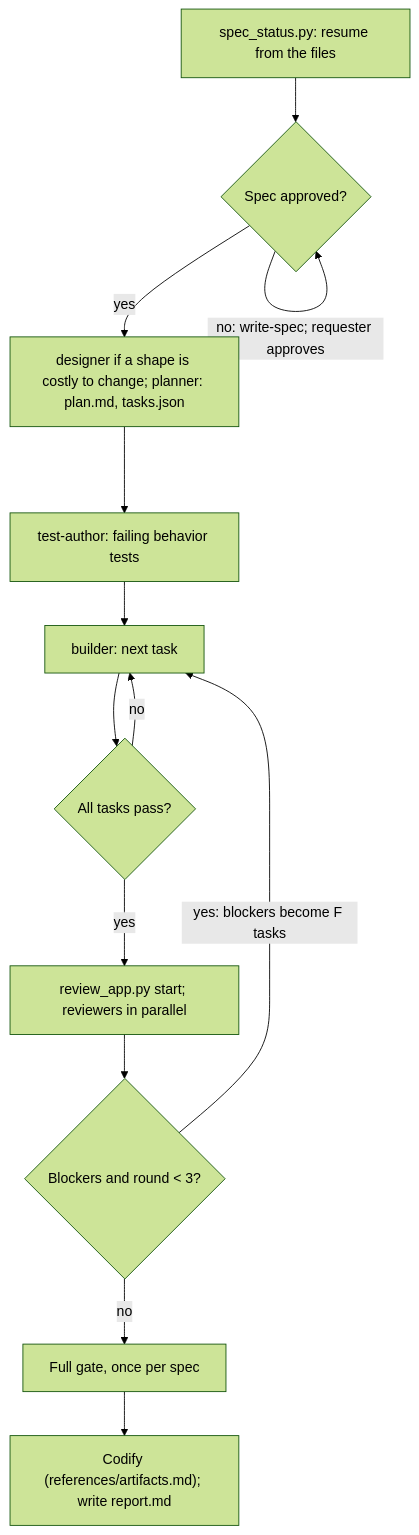
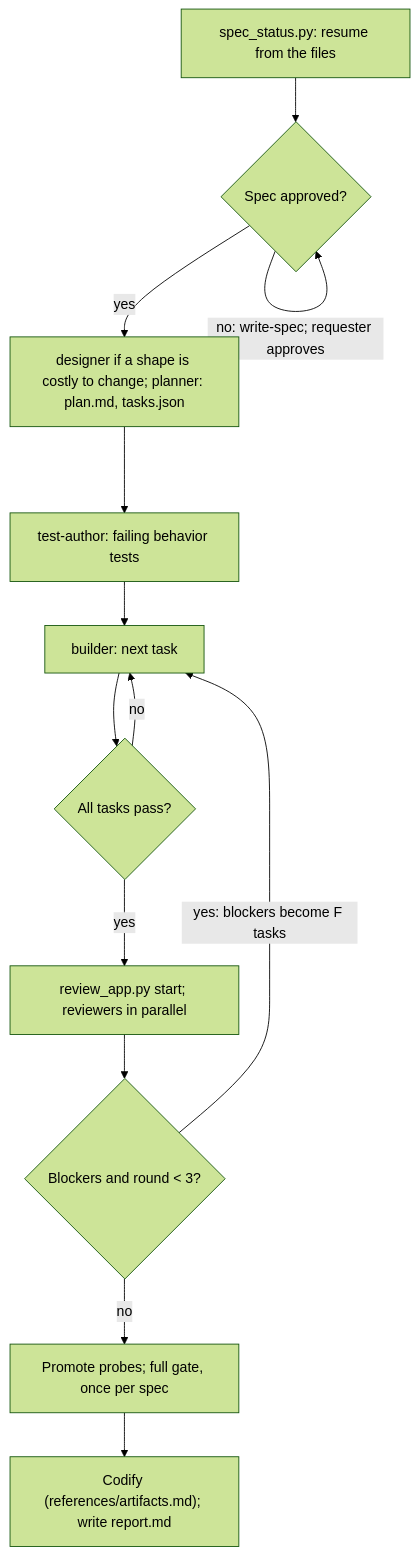
The diagram in skills/build/SKILL.md (nateshernandez/skills), drawn with Mermaid (forest theme) before and after one commit. The commit also changed other lines of this file and 4 other files, not shown here.

Commit message:
Promote kept probes to unit tests in builds

````diff
--- a/skills/build/SKILL.md
+++ b/skills/build/SKILL.md
@@ -25,13 +25,13 @@
 ```mermaid
 flowchart TD
   A["spec_status.py: resume from the files"] --> B{"Spec approved?"}
   B -- "no: write-spec; requester approves" --> B
   B -- yes --> D["designer if a shape is costly to change; planner: plan.md, tasks.json"]
   D --> E["test-author: failing behavior tests"] --> F["builder: next task"]
   F --> G{"All tasks pass?"}
   G -- no --> F
   G -- yes --> H["review_app.py start; reviewers in parallel"]
   H --> I{"Blockers and round < 3?"}
   I -- "yes: blockers become F tasks" --> F
-  I -- no --> K["Full gate, once per spec"] --> J["Codify (references/artifacts.md); write report.md"]
+  I -- no --> K["Promote probes; full gate, once per spec"] --> J["Codify (references/artifacts.md); write report.md"]
 ```
````
